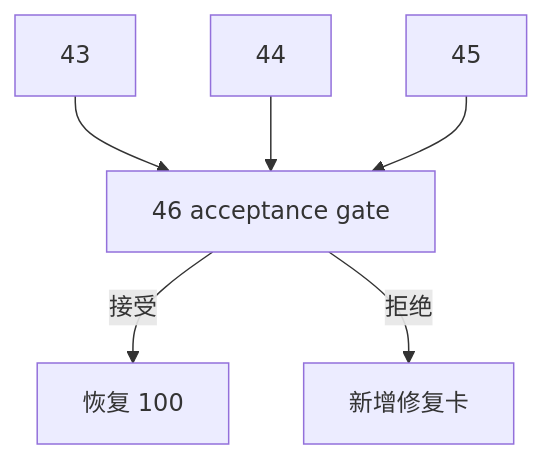
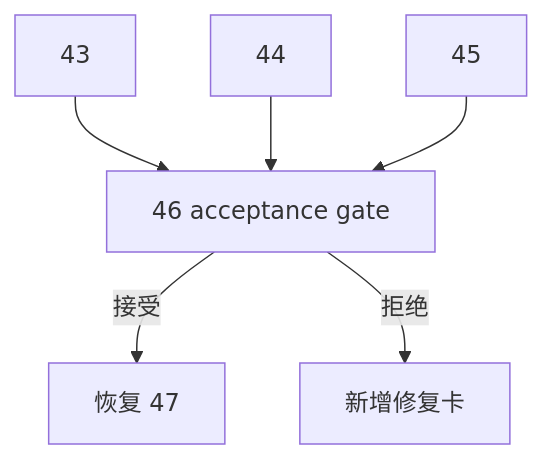
The diagram in docs/02-spec/modules/system/14-pre-position-upstream-acceptance-gate-spec-20260413.md (everything-is-simple/lifespan-0.01), drawn with Mermaid before and after one commit. The commit also changed other lines of this file and 10 other files, not shown here.

````diff
--- a/docs/02-spec/modules/system/14-pre-position-upstream-acceptance-gate-spec-20260413.md
+++ b/docs/02-spec/modules/system/14-pre-position-upstream-acceptance-gate-spec-20260413.md
@@ -27,8 +28,8 @@
 ```mermaid
 flowchart TD
     Q43["43"] --> G["46 acceptance gate"]
     Q44["44"] --> G
     Q45["45"] --> G
-    G -->|接受| R["恢复 100"]
+    G -->|接受| R["恢复 47"]
     G -->|拒绝| N["新增修复卡"]
 ```
````
